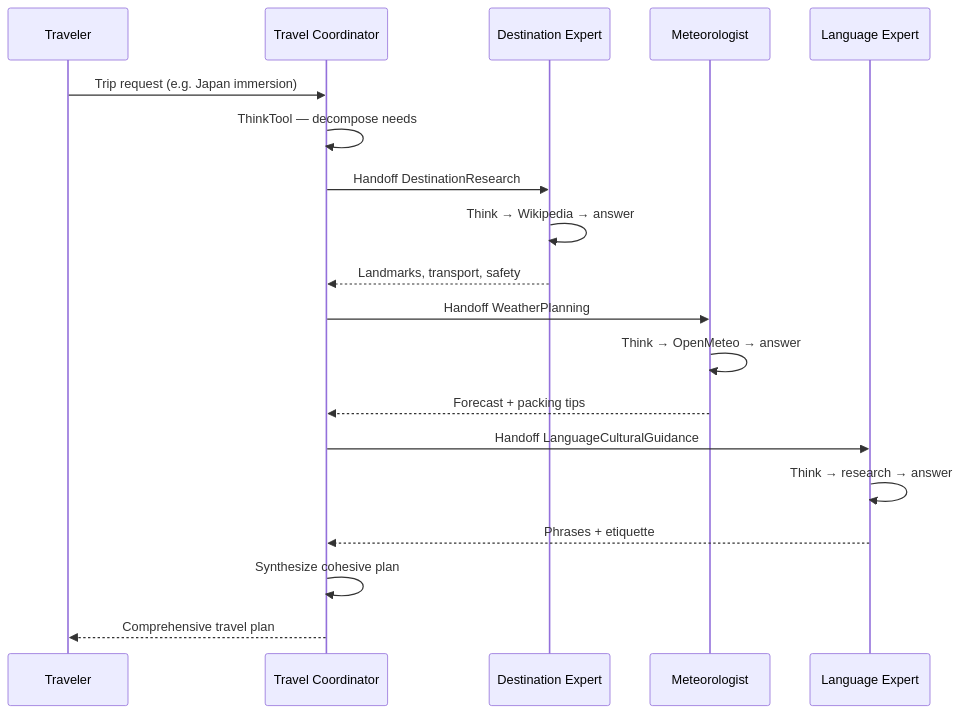
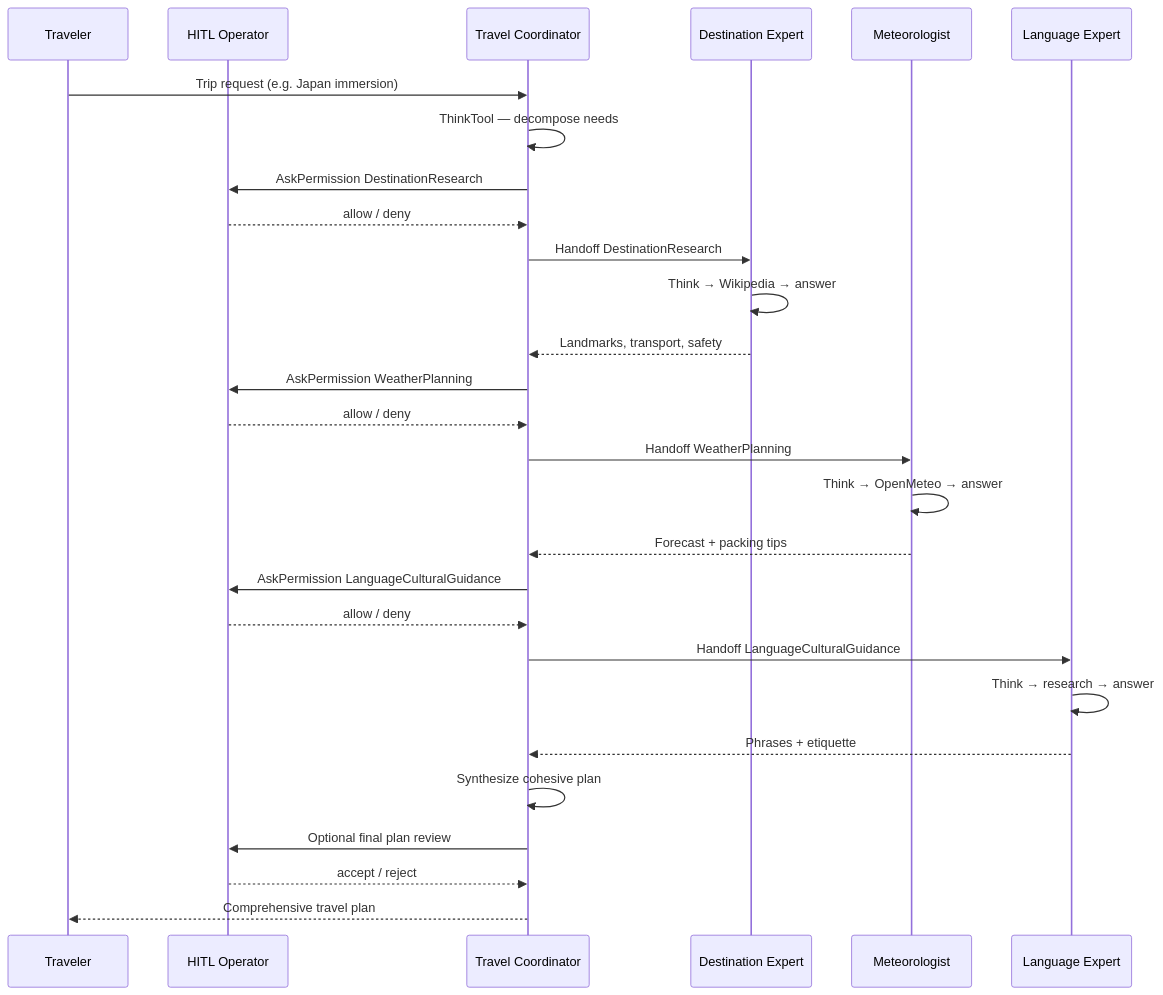
Before and after one commit to sty0331us/Multi-Agent-Travel-Planner-with-BeeAI: the second of 6 diagrams in README.md, drawn with Mermaid. The commit also changed other lines of this file, not shown here.

First line of the commit message:
docs: emphasize HITL as a production accuracy pillar

````diff
--- a/README.md
+++ b/README.md
@@ -63,22 +67,31 @@
 ```mermaid
 sequenceDiagram
   participant T as Traveler
+  participant H as HITL Operator
   participant C as Travel Coordinator
   participant D as Destination Expert
   participant M as Meteorologist
   participant L as Language Expert
 
   T->>C: Trip request (e.g. Japan immersion)
   C->>C: ThinkTool — decompose needs
+  C->>H: AskPermission DestinationResearch
+  H-->>C: allow / deny
   C->>D: Handoff DestinationResearch
   D->>D: Think → Wikipedia → answer
   D-->>C: Landmarks, transport, safety
+  C->>H: AskPermission WeatherPlanning
+  H-->>C: allow / deny
   C->>M: Handoff WeatherPlanning
   M->>M: Think → OpenMeteo → answer
   M-->>C: Forecast + packing tips
+  C->>H: AskPermission LanguageCulturalGuidance
+  H-->>C: allow / deny
   C->>L: Handoff LanguageCulturalGuidance
   L->>L: Think → research → answer
   L-->>C: Phrases + etiquette
   C->>C: Synthesize cohesive plan
+  C->>H: Optional final plan review
+  H-->>C: accept / reject
   C-->>T: Comprehensive travel plan
 ```
````
